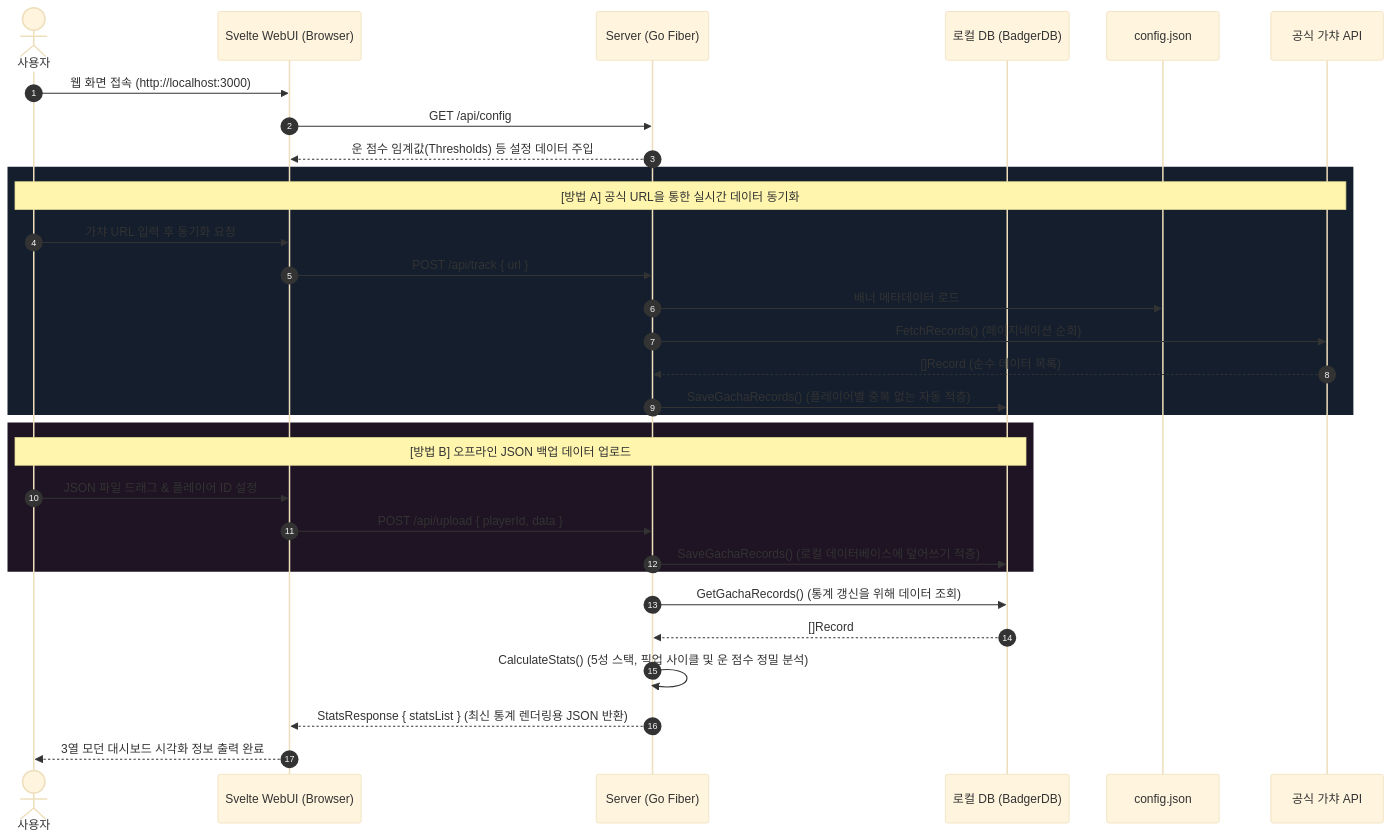
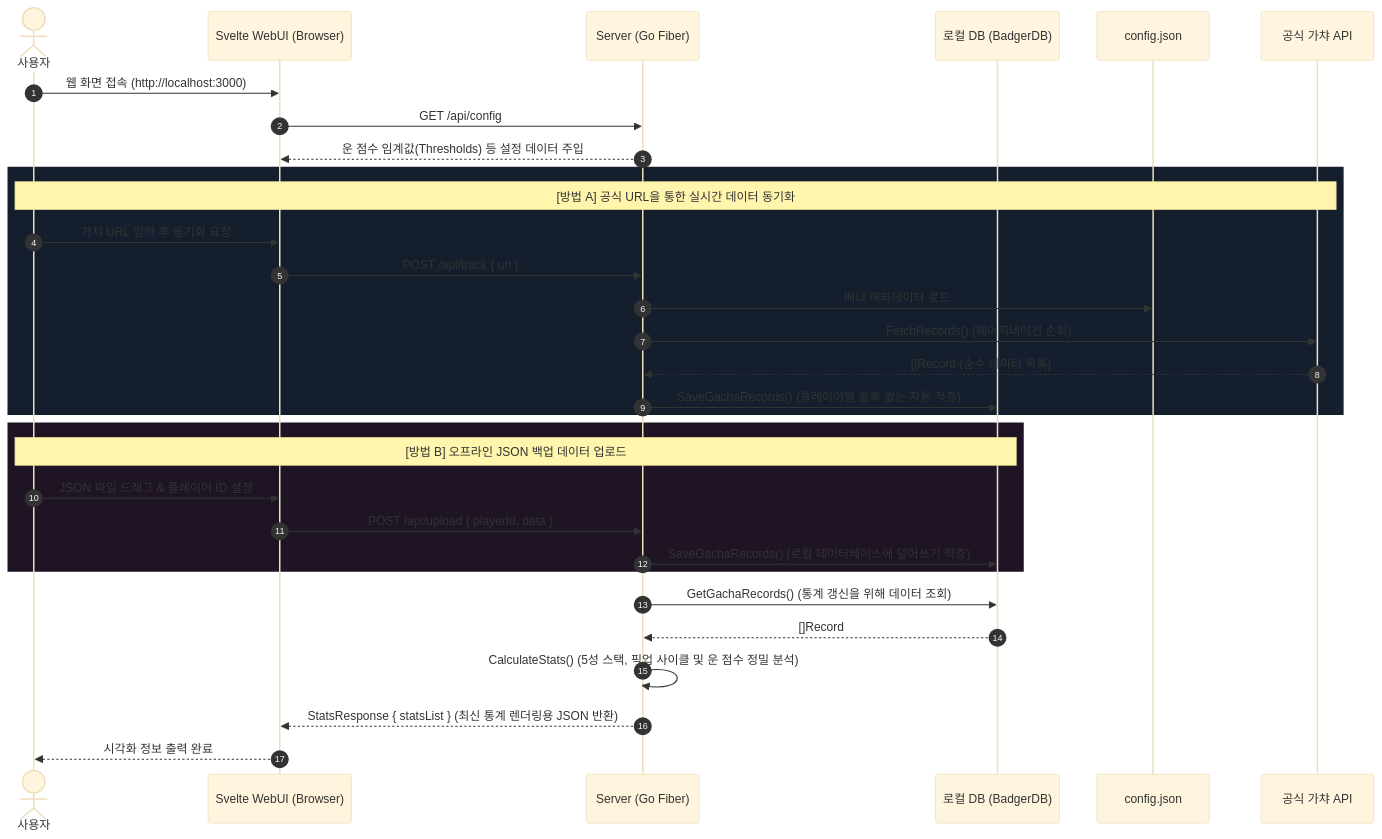
One commit to meteormin/wuwa-tracker changed the diagram in README.md. Above: the diagram before and after it, drawn with Mermaid (base theme).

Commit message:
docs: update README documentation and project information

````diff
--- a/README.md
+++ b/README.md
@@ -153,37 +153,37 @@
 ```mermaid
 sequenceDiagram
     autonumber
     actor User as 사용자
     participant UI as Svelte WebUI (Browser)
     participant Server as Server (Go Fiber)
     participant DB as 로컬 DB (BadgerDB)
     participant Config as config.json
     participant API as 공식 가챠 API
 
     User->>UI: 웹 화면 접속 (http://localhost:3000)
     UI->>Server: GET /api/config
     Server-->>UI: 운 점수 임계값(Thresholds) 등 설정 데이터 주입
     
     rect rgb(20, 30, 45)
         Note over User, API: [방법 A] 공식 URL을 통한 실시간 데이터 동기화
         User->>UI: 가챠 URL 입력 후 동기화 요청
         UI->>Server: POST /api/track { url }
         Server->>Config: 배너 메타데이터 로드
         Server->>API: FetchRecords() (페이지네이션 순회)
         API-->>Server: []Record (순수 데이터 목록)
         Server->>DB: SaveGachaRecords() (플레이어별 중복 없는 자동 적층)
     end
 
     rect rgb(30, 20, 35)
         Note over User, DB: [방법 B] 오프라인 JSON 백업 데이터 업로드
         User->>UI: JSON 파일 드래그 & 플레이어 ID 설정
         UI->>Server: POST /api/upload { playerId, data }
         Server->>DB: SaveGachaRecords() (로컬 데이터베이스에 덮어쓰기 적층)
     end
 
     Server->>DB: GetGachaRecords() (통계 갱신을 위해 데이터 조회)
     DB-->>Server: []Record
     Server->>Server: CalculateStats() (5성 스택, 픽업 사이클 및 운 점수 정밀 분석)
     Server-->>UI: StatsResponse { statsList } (최신 통계 렌더링용 JSON 반환)
-    UI-->>User: 3열 모던 대시보드 시각화 정보 출력 완료
+    UI-->>User: 시각화 정보 출력 완료
 ```
````
